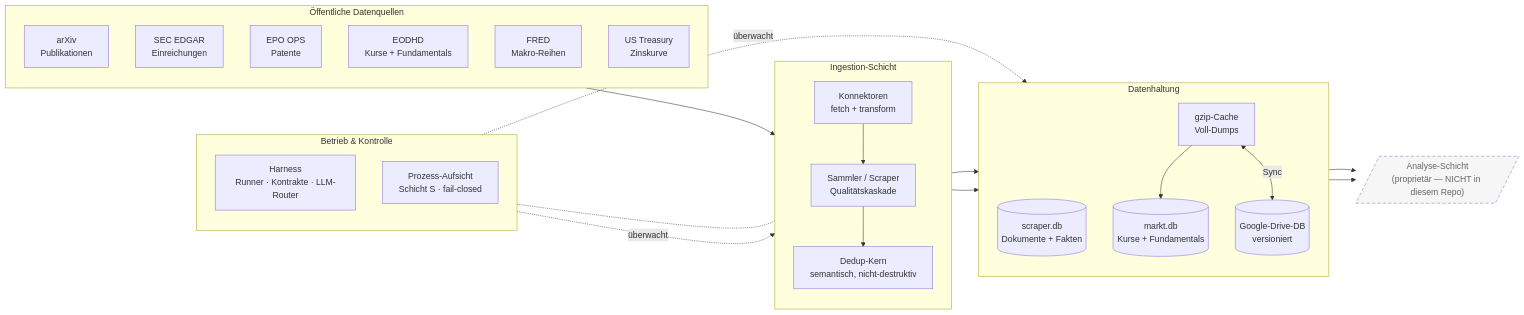
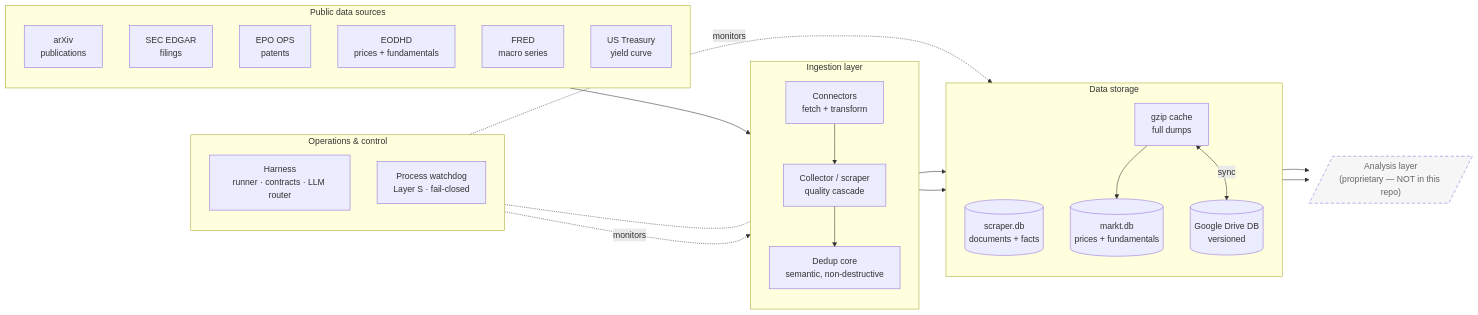
One commit to jens-alker/Chronos-Stream changed the diagram in README.md. Above: the diagram before and after it, drawn with Mermaid. The commit also changed other lines of this file, not shown here.

````diff
--- a/README.md
+++ b/README.md
@@ -36,46 +36,46 @@
 ```mermaid
 flowchart LR
-  subgraph Q[Öffentliche Datenquellen]
+  subgraph Q[Public data sources]
     direction TB
-    arxiv[arXiv<br/>Publikationen]
-    edgar[SEC EDGAR<br/>Einreichungen]
-    epo[EPO OPS<br/>Patente]
-    eodhd[EODHD<br/>Kurse + Fundamentals]
-    fred[FRED<br/>Makro-Reihen]
-    treas[US Treasury<br/>Zinskurve]
+    arxiv[arXiv<br/>publications]
+    edgar[SEC EDGAR<br/>filings]
+    epo[EPO OPS<br/>patents]
+    eodhd[EODHD<br/>prices + fundamentals]
+    fred[FRED<br/>macro series]
+    treas[US Treasury<br/>yield curve]
   end
 
-  subgraph I[Ingestion-Schicht]
+  subgraph I[Ingestion layer]
     direction TB
-    conn[Konnektoren<br/>fetch + transform]
-    scraper[Sammler / Scraper<br/>Qualitätskaskade]
-    dedup[Dedup-Kern<br/>semantisch, nicht-destruktiv]
+    conn[Connectors<br/>fetch + transform]
+    scraper[Collector / scraper<br/>quality cascade]
+    dedup[Dedup core<br/>semantic, non-destructive]
   end
 
-  subgraph S[Datenhaltung]
+  subgraph S[Data storage]
     direction TB
-    sdb[(scraper.db<br/>Dokumente + Fakten)]
-    mdb[(markt.db<br/>Kurse + Fundamentals)]
-    cache[gzip-Cache<br/>Voll-Dumps]
-    drive[(Google-Drive-DB<br/>versioniert)]
+    sdb[(scraper.db<br/>documents + facts)]
+    mdb[(markt.db<br/>prices + fundamentals)]
+    cache[gzip cache<br/>full dumps]
+    drive[(Google Drive DB<br/>versioned)]
   end
 
-  subgraph B[Betrieb & Kontrolle]
+  subgraph B[Operations & control]
     direction TB
-    harness[Harness<br/>Runner · Kontrakte · LLM-Router]
-    aufsicht[Prozess-Aufsicht<br/>Schicht S · fail-closed]
+    harness[Harness<br/>runner · contracts · LLM router]
+    aufsicht[Process watchdog<br/>Layer S · fail-closed]
   end
 
   Q --> conn --> scraper --> dedup --> sdb
   conn --> cache --> mdb
-  cache <-->|Sync| drive
+  cache <-->|sync| drive
   harness -.- I
-  aufsicht -.überwacht.-> I
-  aufsicht -.überwacht.-> S
+  aufsicht -.monitors.-> I
+  aufsicht -.monitors.-> S
 
-  analyse[/"Analyse-Schicht<br/>(proprietär — NICHT in diesem Repo)"/]
+  analyse[/"Analysis layer<br/>(proprietary — NOT in this repo)"/]
   sdb --> analyse
   mdb --> analyse
 
   style analyse stroke-dasharray:6 4,fill:#f6f6f6,color:#666
 ```
````
